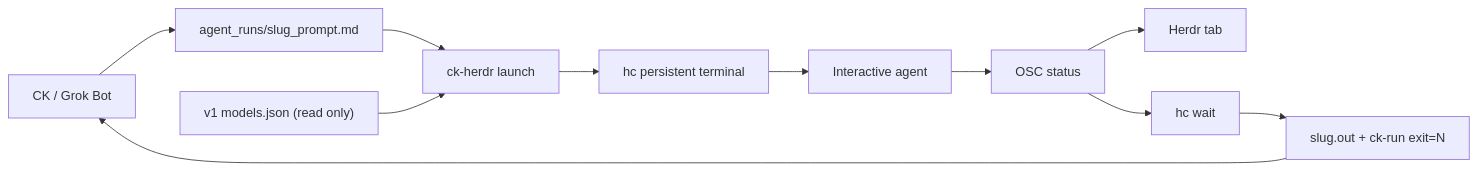
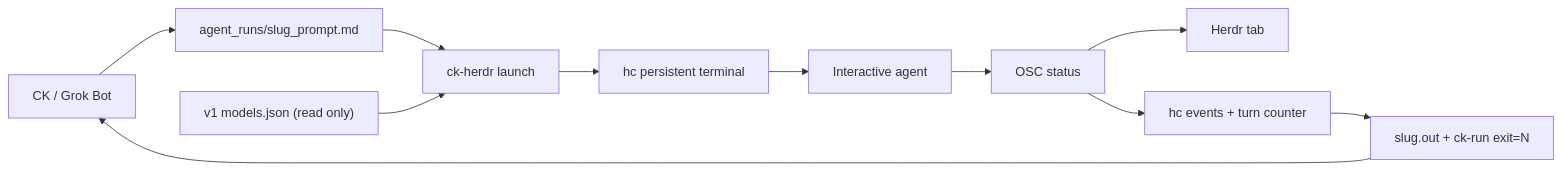
One commit to chalach49266/ck-herdr changed the diagram in README.md. Above: the diagram before and after it, drawn with Mermaid. The commit also changed other lines of this file and 47 other files, not shown here.

````diff
--- a/README.md
+++ b/README.md
@@ -8,13 +8,13 @@
 ```mermaid
 flowchart LR
     CK["CK / Grok Bot"] --> P["agent_runs/slug_prompt.md"]
     P --> L["ck-herdr launch"]
     M["v1 models.json (read only)"] --> L
     L --> H["hc persistent terminal"]
     H --> A["Interactive agent"]
     A --> S["OSC status"]
     S --> UI["Herdr tab"]
-    S --> W["hc wait"]
+    S --> W["hc events + turn counter"]
     W --> O["slug.out + ck-run exit=N"]
     O --> CK
 ```
````
